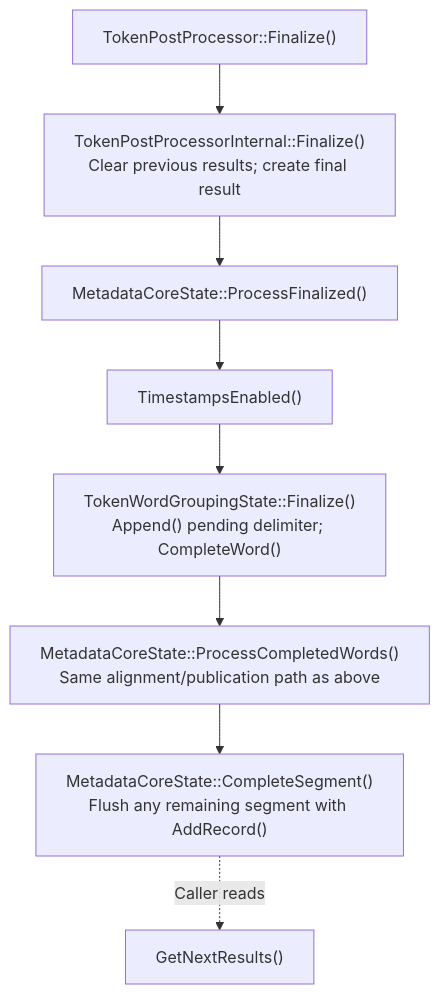
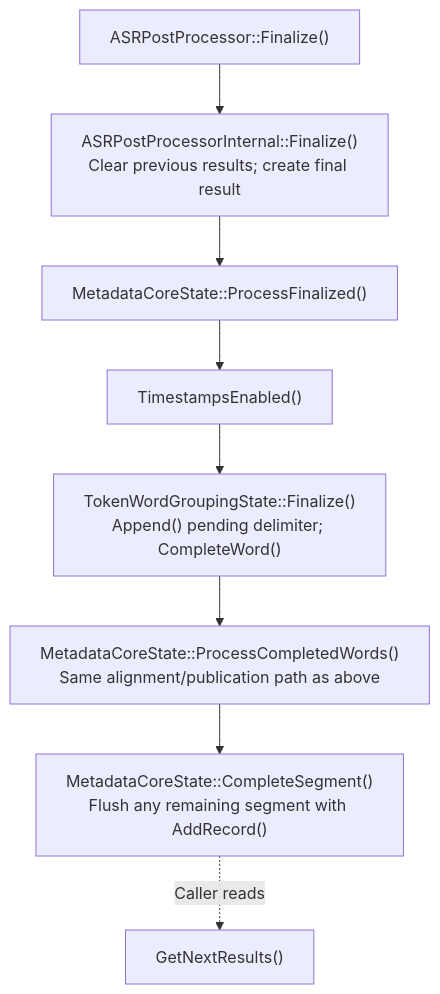
One commit to microsoft/onnxruntime-genai changed the second of 2 diagrams in docs/metadata_decode.md. Above: the diagram before and after it, drawn with Mermaid. The commit also changed other lines of this file and 24 other files, not shown here.

````diff
--- a/docs/metadata_decode.md
+++ b/docs/metadata_decode.md
@@ -174,10 +183,10 @@
 ```mermaid
 flowchart TD
-  finalize["TokenPostProcessor::Finalize()"] --> stream["TokenPostProcessorInternal::Finalize()<br/>Clear previous results; create final result"]
+  finalize["ASRPostProcessor::Finalize()"] --> stream["ASRPostProcessorInternal::Finalize()<br/>Clear previous results; create final result"]
   stream --> state["MetadataCoreState::ProcessFinalized()"]
   state --> enabled["TimestampsEnabled()"]
   enabled --> group["TokenWordGroupingState::Finalize()<br/>Append() pending delimiter; CompleteWord()"]
   group --> words["MetadataCoreState::ProcessCompletedWords()<br/>Same alignment/publication path as above"]
   words --> segment["MetadataCoreState::CompleteSegment()<br/>Flush any remaining segment with AddRecord()"]
   segment -.->|Caller reads| results["GetNextResults()"]
 ```
````
